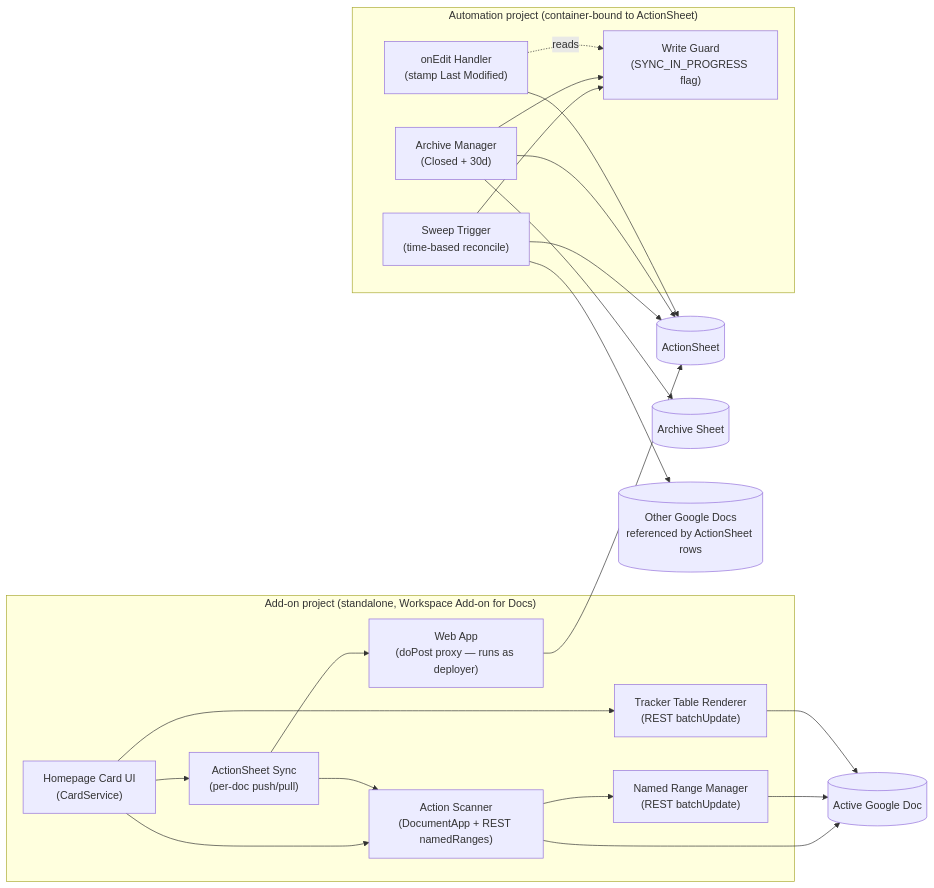
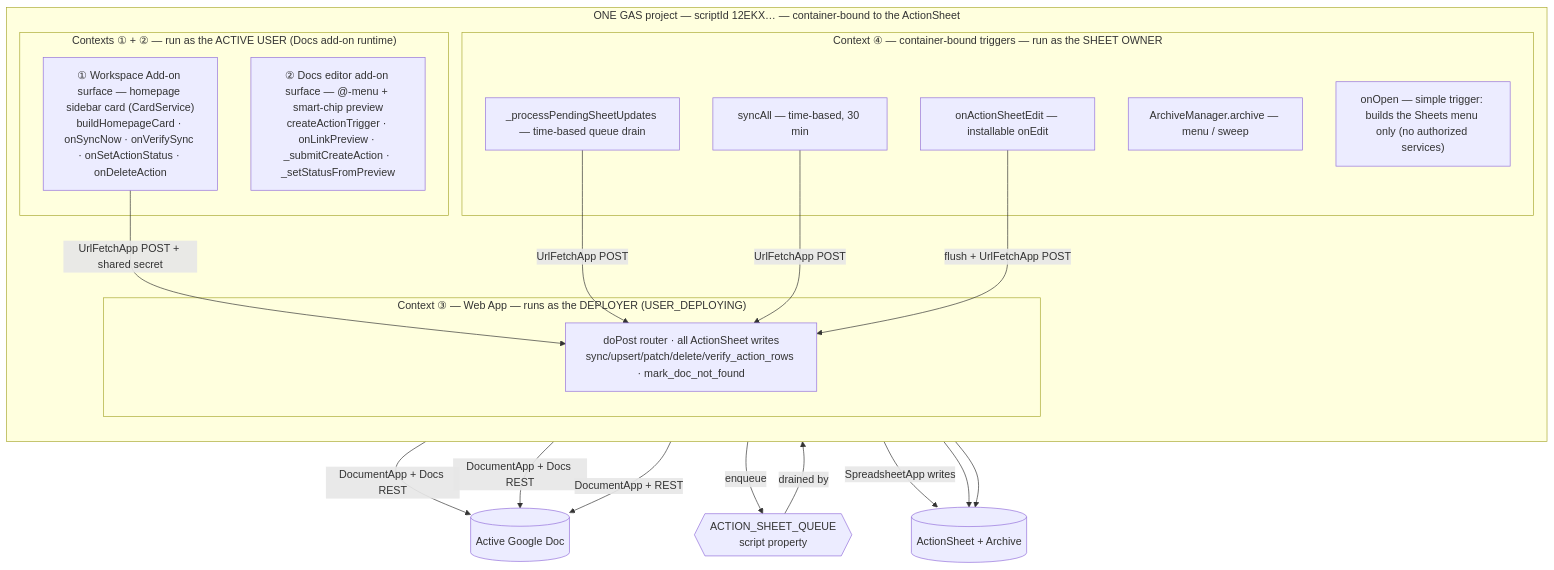
One commit to stuartdonaldson/GActionSheet changed the first of 7 diagrams in docs/DESIGN.md. Above: the diagram before and after it, drawn with Mermaid. The commit also changed other lines of this file and 81 other files, not shown here.

First line of the commit message:
poc: editor add-on action chip — AI-N identity, status icons, tracker table, doc findings

````diff
--- a/docs/DESIGN.md
+++ b/docs/DESIGN.md
@@ -109,44 +154,37 @@
 ```mermaid
-graph LR
-    subgraph AddOn["Add-on project (standalone, Workspace Add-on for Docs)"]
-        Sidebar["Homepage Card UI<br/>(CardService)"]
-        Scanner["Action Scanner<br/>(DocumentApp + REST namedRanges)"]
-        NRM["Named Range Manager<br/>(REST batchUpdate)"]
-        Tracker["Tracker Table Renderer<br/>(REST batchUpdate)"]
-        DocSync["ActionSheet Sync<br/>(per-doc push/pull)"]
-        WebApp["Web App<br/>(doPost proxy — runs as deployer)"]
-
-        Sidebar --> Scanner
-        Sidebar --> Tracker
-        Sidebar --> DocSync
-        Scanner --> NRM
-        DocSync --> Scanner
-        DocSync --> WebApp
-    end
-
-    subgraph Automation["Automation project (container-bound to ActionSheet)"]
-        OnEdit["onEdit Handler<br/>(stamp Last Modified)"]
-        Sweep["Sweep Trigger<br/>(time-based reconcile)"]
-        Archive["Archive Manager<br/>(Closed + 30d)"]
-        Guard["Write Guard<br/>(SYNC_IN_PROGRESS flag)"]
-
-        Sweep --> Guard
-        Archive --> Guard
-        OnEdit -. reads .-> Guard
+graph TB
+    subgraph proj["ONE GAS project — scriptId 12EKX… — container-bound to the ActionSheet"]
+        direction TB
+        subgraph user["Contexts ① + ② — run as the ACTIVE USER (Docs add-on runtime)"]
+            WS["① Workspace Add-on surface — homepage sidebar card (CardService)<br/>buildHomepageCard · onSyncNow · onVerifySync · onSetActionStatus · onDeleteAction"]
+            ED["② Docs editor add-on surface — @-menu + smart-chip preview<br/>createActionTrigger · onLinkPreview · _submitCreateAction · _setStatusFromPreview"]
+        end
+        subgraph deployer["Context ③ — Web App — runs as the DEPLOYER (USER_DEPLOYING)"]
+            WEB["doPost router · all ActionSheet writes<br/>sync/upsert/patch/delete/verify_action_rows · mark_doc_not_found"]
+        end
+        subgraph owner["Context ④ — container-bound triggers — run as the SHEET OWNER"]
+            OE["onActionSheetEdit — installable onEdit"]
+            SA["syncAll — time-based, 30 min"]
+            DRAIN["_processPendingSheetUpdates — time-based queue drain"]
+            ARCH["ArchiveManager.archive — menu / sweep"]
+            OO["onOpen — simple trigger: builds the Sheets menu only (no authorized services)"]
+        end
     end
 
     Doc[(Active Google Doc)]
-    ActionSheet[(ActionSheet)]
-    ArchiveSheet[(Archive Sheet)]
-    OtherDocs[(Other Google Docs<br/>referenced by ActionSheet rows)]
+    Sheet[(ActionSheet + Archive)]
+    Q{{ACTION_SHEET_QUEUE<br/>script property}}
 
-    Scanner --> Doc
-    NRM --> Doc
-    Tracker --> Doc
-    WebApp --> ActionSheet
-    Sweep --> ActionSheet
-    Sweep --> OtherDocs
-    Archive --> ActionSheet
-    Archive --> ArchiveSheet
-    OnEdit --> ActionSheet
+    WS -->|DocumentApp + Docs REST| Doc
+    ED -->|DocumentApp + Docs REST| Doc
+    WS -->|UrlFetchApp POST + shared secret| WEB
+    ED -->|enqueue| Q
+    Q -->|drained by| DRAIN
+    DRAIN -->|UrlFetchApp POST| WEB
+    SA -->|DocumentApp + REST| Doc
+    SA -->|UrlFetchApp POST| WEB
+    OE -->|flush + UrlFetchApp POST| WEB
+    WEB -->|SpreadsheetApp writes| Sheet
+    OE --> Sheet
+    ARCH --> Sheet
 ```
````
